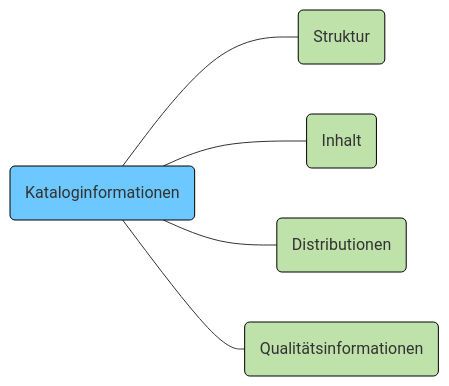
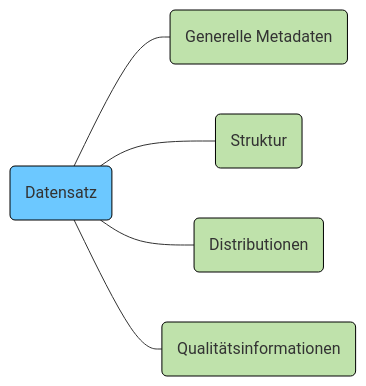
The diagram in content/de/publikation/datensatz/_index.md (I14Y-ch/handbook), drawn with Mermaid before and after one commit. The commit also changed other lines of this file and 10 other files, not shown here.

````diff
--- a/content/de/publikation/datensatz/_index.md
+++ b/content/de/publikation/datensatz/_index.md
@@ -53,26 +16,26 @@
 ```mermaid
     flowchart LR
-        catalog(Kataloginformationen)
-        content(Inhalt)
+        dataset(Datensatz)
+        dcat(Generelle Metadaten)
         structure(Struktur)
         distribution(Distributionen)
         qualityinformation(Qualitätsinformationen)
 
-        catalog---structure
-        catalog---content
-        catalog---distribution
-        catalog---qualityinformation
+        dataset---dcat
+        dataset---structure
+        dataset---distribution
+        dataset---qualityinformation
 
 
-    style catalog fill:#6CC8FF
-    style catalog stroke:black
+    style dataset fill:#6CC8FF
+    style dataset stroke:black
 
-    style content fill:#Bfe2ab
-    style content stroke:black
+    style dcat fill:#Bfe2ab
+    style dcat stroke:black
     style structure fill:#Bfe2ab
     style structure stroke:black
     style distribution fill:#Bfe2ab
     style distribution stroke:black
     style qualityinformation fill:#Bfe2ab
     style qualityinformation stroke:black
 ```
````
